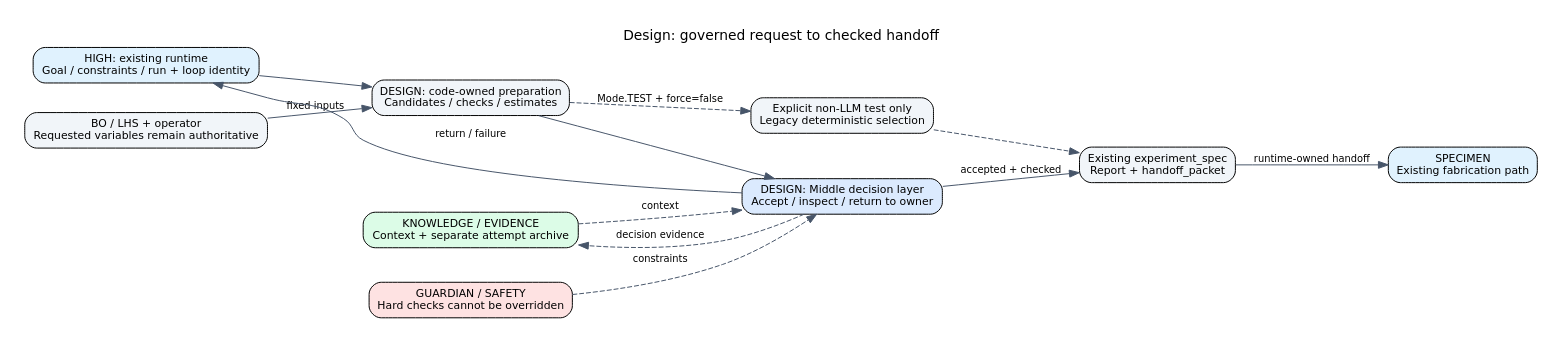
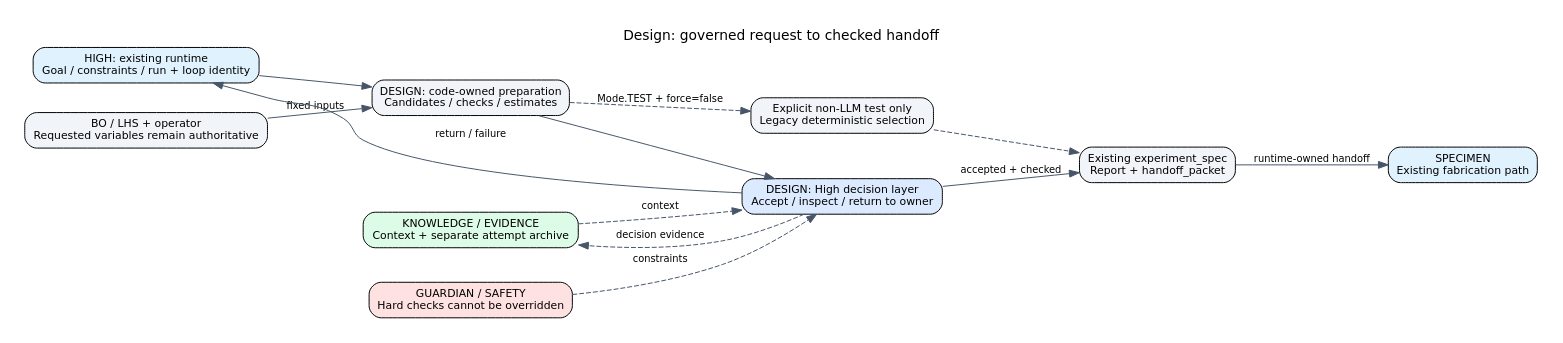
Before and after one commit to JIN9811/autonomous_researcher: the diagram in docs/agents/assets/figures/design_01_closed_loop_handoffs.dot, drawn with Graphviz. The commit also changed 123 other files, not shown here.

```diff
--- a/docs/agents/assets/figures/design_01_closed_loop_handoffs.dot
+++ b/docs/agents/assets/figures/design_01_closed_loop_handoffs.dot
@@ -1,21 +1,21 @@
 digraph DesignHandoffs {
  graph [rankdir=LR,bgcolor="white",pad=0.25,nodesep=0.4,ranksep=0.55,label="Design: governed request to checked handoff",labelloc=t,fontname="DejaVu Sans"];
  node [shape=box,style="rounded,filled",fillcolor="#f1f5f9",fontname="DejaVu Sans",fontsize=11];
  edge [fontname="DejaVu Sans",fontsize=10,color="#475569"];
  high [label="HIGH: existing runtime\nGoal / constraints / run + loop identity",fillcolor="#e0f2fe"];
  bo [label="BO / LHS + operator\nRequested variables remain authoritative"];
  prep [label="DESIGN: code-owned preparation\nCandidates / checks / estimates"];
- llm [label="DESIGN: Middle decision layer\nAccept / inspect / return to owner",fillcolor="#dbeafe"];
+ llm [label="DESIGN: High decision layer\nAccept / inspect / return to owner",fillcolor="#dbeafe"];
  out [label="Existing experiment_spec\nReport + handoff_packet"];
  spc [label="SPECIMEN\nExisting fabrication path",fillcolor="#e0f2fe"];
  history [label="KNOWLEDGE / EVIDENCE\nContext + separate attempt archive",fillcolor="#dcfce7"];
  safety [label="GUARDIAN / SAFETY\nHard checks cannot be overridden",fillcolor="#fee2e2"];
  test [label="Explicit non-LLM test only\nLegacy deterministic selection"];
  high -> prep; bo -> prep [label="fixed inputs"]; prep -> llm;
  llm -> out [label="accepted + checked"]; out -> spc [label="runtime-owned handoff"];
  llm -> high [label="return / failure",constraint=false];
  history -> llm [style=dashed,label="context"];
  llm -> history [style=dashed,label="decision evidence",constraint=false];
  safety -> llm [style=dashed,label="constraints"];
  prep -> test [style=dashed,label="Mode.TEST + force=false"]; test -> out [style=dashed];
 }
```
